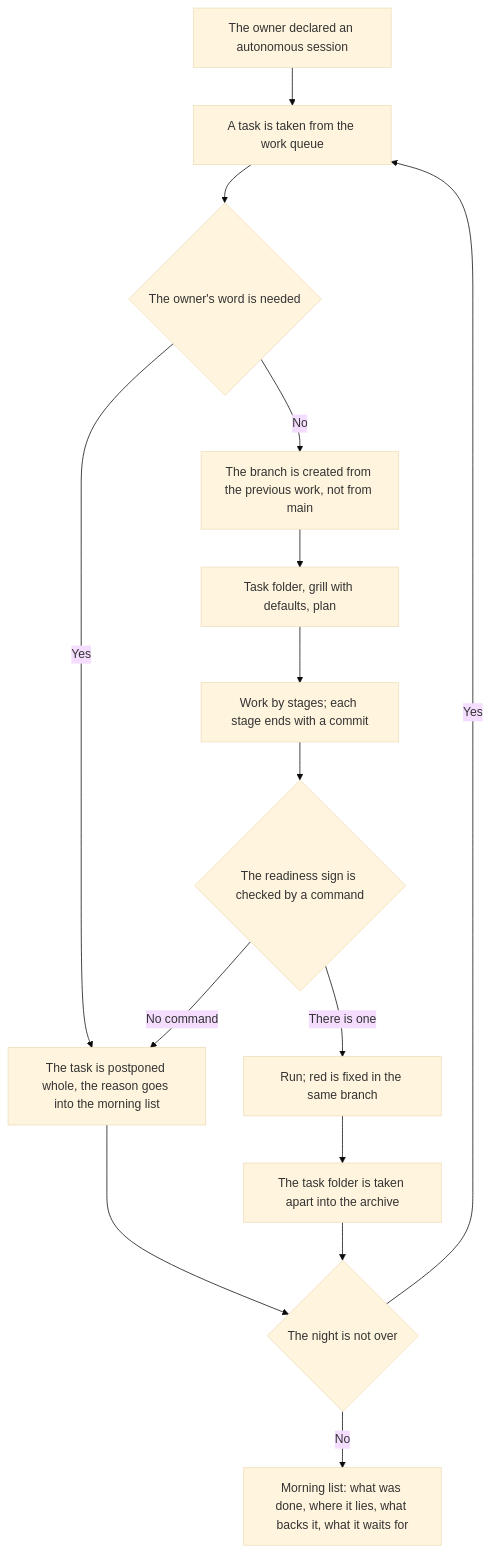
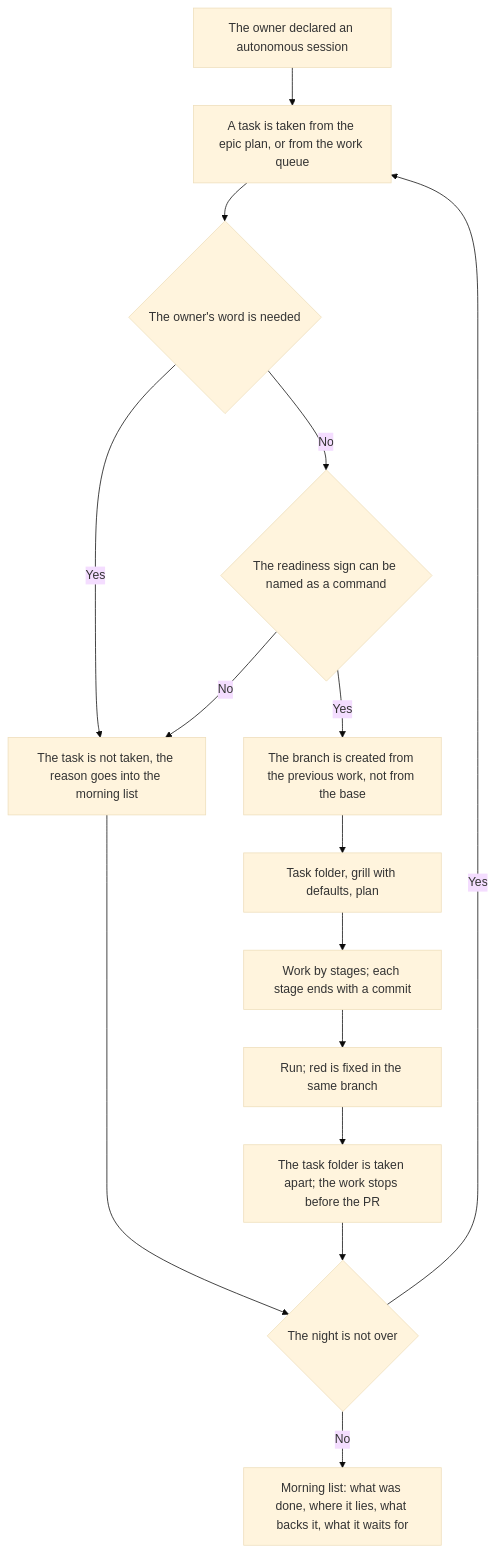
The diagram in .claude/skills/autonomous-work/SKILL.md (Eyhenij/rt-tools), drawn with Mermaid (base theme) before and after one commit. The commit also changed other lines of this file and 10 other files, not shown here.

````diff
--- a/.claude/skills/autonomous-work/SKILL.md
+++ b/.claude/skills/autonomous-work/SKILL.md
@@ -35,17 +38,17 @@
 ```mermaid
 flowchart TD
-    A[The owner declared an autonomous session] --> B[A task is taken from the work queue]
+    A[The owner declared an autonomous session] --> B[A task is taken from the epic plan, or from the work queue]
     B --> C{The owner's word is needed}
-    C -->|Yes| D[The task is postponed whole, the reason goes into the morning list]
-    C -->|No| E[The branch is created from the previous work, not from main]
+    C -->|Yes| D[The task is not taken, the reason goes into the morning list]
+    C -->|No| H{The readiness sign can be named as a command}
+    H -->|No| D
+    H -->|Yes| E[The branch is created from the previous work, not from the base]
     E --> F[Task folder, grill with defaults, plan]
     F --> G[Work by stages; each stage ends with a commit]
-    G --> H{The readiness sign is checked by a command}
-    H -->|No command| D
-    H -->|There is one| I[Run; red is fixed in the same branch]
-    I --> J[The task folder is taken apart into the archive]
+    G --> I[Run; red is fixed in the same branch]
+    I --> J[The task folder is taken apart; the work stops before the PR]
     J --> K{The night is not over}
     K -->|Yes| B
     K -->|No| L[Morning list: what was done, where it lies, what backs it, what it waits for]
     D --> K
 ```
````
